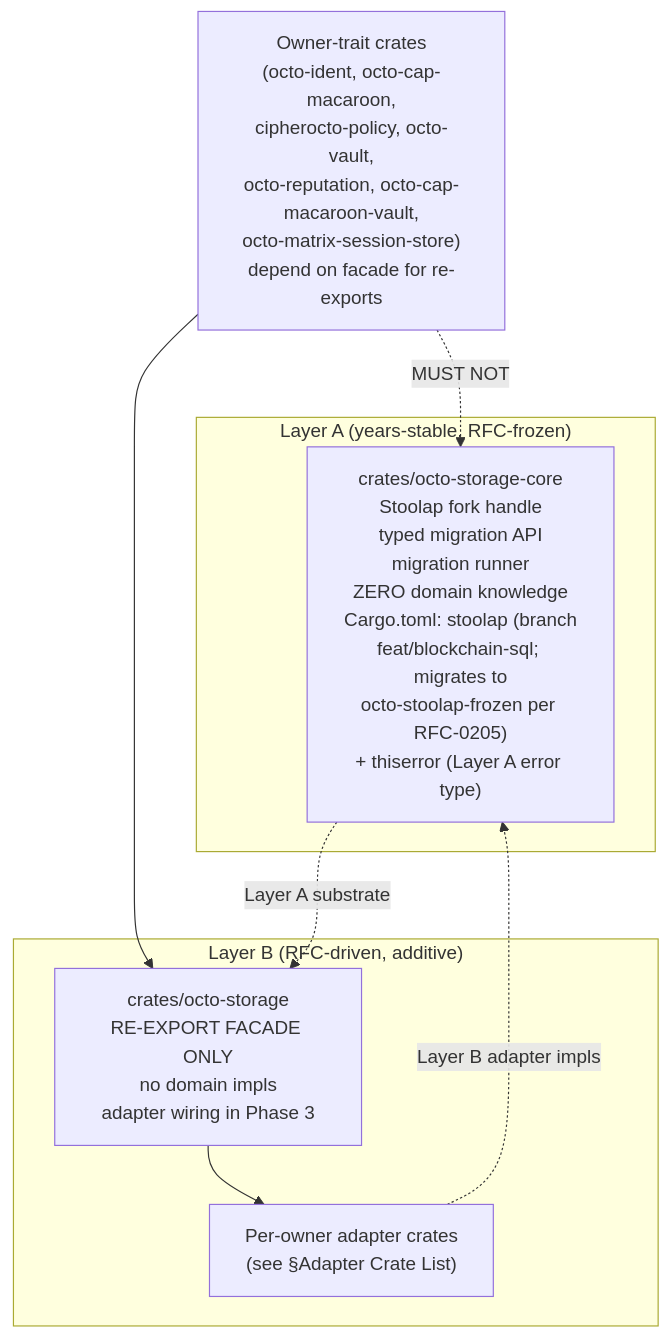
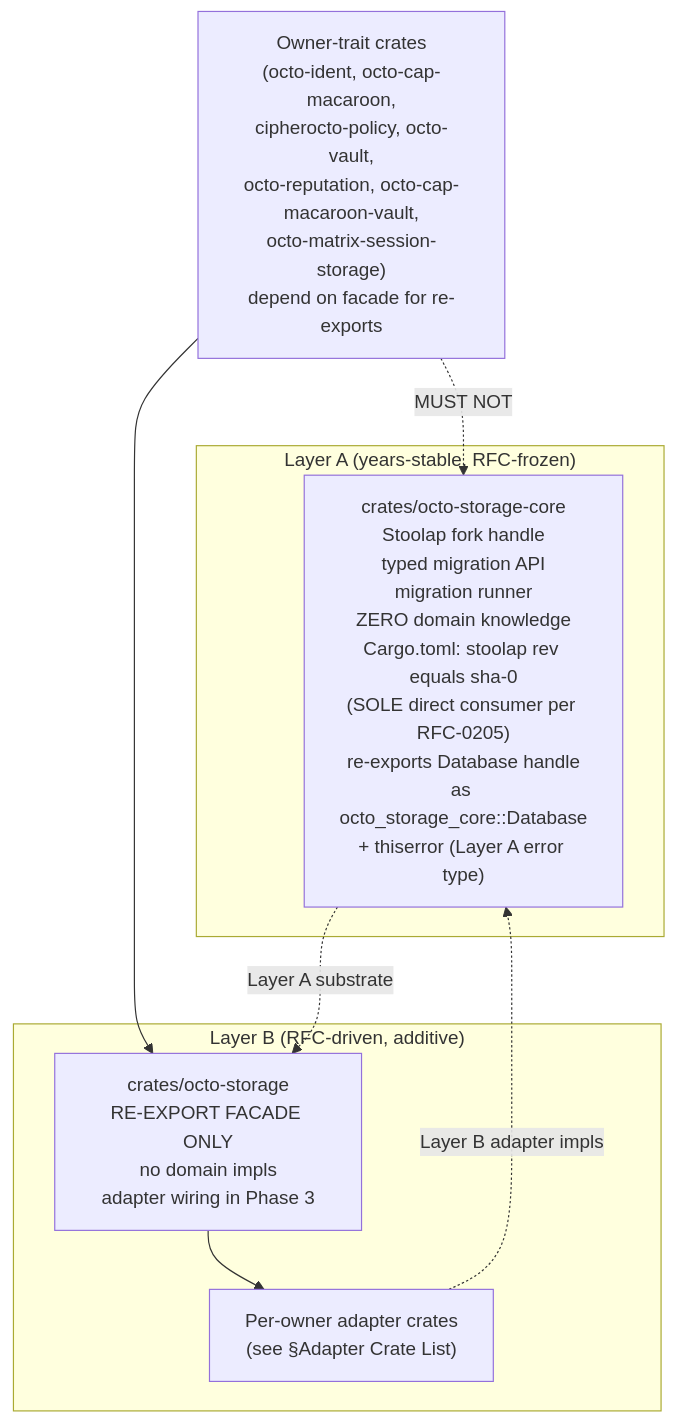
Before and after one commit to CipherOcto/cipherocto: the first of 2 diagrams in rfcs/draft/storage/0206-octo-storage-split.md, drawn with Mermaid. The commit also changed other lines of this file, not shown here.

Commit message:
fix(0206): R4 coord with RFC-0205 v1.4 (direct rev + re-exported handle)

````diff
--- a/rfcs/draft/storage/0206-octo-storage-split.md
+++ b/rfcs/draft/storage/0206-octo-storage-split.md
@@ -71,15 +71,15 @@
 ```mermaid
 graph TD
     subgraph LayerA["Layer A (years-stable, RFC-frozen)"]
-        Core["crates/octo-storage-core<br/>Stoolap fork handle<br/>typed migration API<br/>migration runner<br/>ZERO domain knowledge<br/>Cargo.toml: stoolap (branch<br/>feat/blockchain-sql; migrates to<br/>octo-stoolap-frozen per RFC-0205)<br/>+ thiserror (Layer A error type)"]
+        Core["crates/octo-storage-core<br/>Stoolap fork handle<br/>typed migration API<br/>migration runner<br/>ZERO domain knowledge<br/>Cargo.toml: stoolap rev equals sha-0<br/>(SOLE direct consumer per RFC-0205)<br/>re-exports Database handle<br/>as octo_storage_core::Database<br/>+ thiserror (Layer A error type)"]
     end
     subgraph LayerB["Layer B (RFC-driven, additive)"]
         Facade["crates/octo-storage<br/>RE-EXPORT FACADE ONLY<br/>no domain impls<br/>adapter wiring in Phase 3"]
         Adapters["Per-owner adapter crates<br/>(see §Adapter Crate List)"]
         Facade --> Adapters
     end
-    OwnerCrates["Owner-trait crates<br/>(octo-ident, octo-cap-macaroon,<br/>cipherocto-policy, octo-vault,<br/>octo-reputation, octo-cap-macaroon-vault,<br/>octo-matrix-session-store)<br/>depend on facade for re-exports"] --> Facade
+    OwnerCrates["Owner-trait crates<br/>(octo-ident, octo-cap-macaroon,<br/>cipherocto-policy, octo-vault,<br/>octo-reputation, octo-cap-macaroon-vault,<br/>octo-matrix-session-storage)<br/>depend on facade for re-exports"] --> Facade
     Core -. Layer A substrate .-> Facade
     Adapters -. Layer B adapter impls .-> Core
     OwnerCrates -. MUST NOT .-> Core
 ```
````
